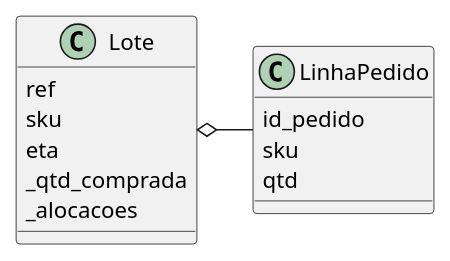
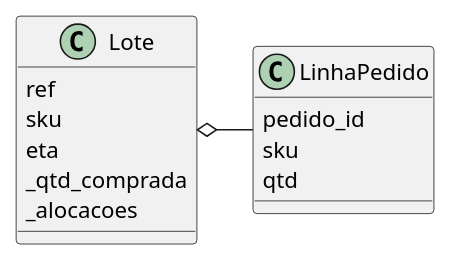
Before and after one commit to ralphribeiro/APWP-T2: the diagram in src/alocacao/dominio/modelo.pu, drawn with PlantUML. The commit also changed 9 other files, not shown here.

```diff
--- a/src/alocacao/dominio/modelo.pu
+++ b/src/alocacao/dominio/modelo.pu
@@ -1,22 +1,22 @@
 @startuml
 
 class LinhaPedido
 {
-    id_pedido
+    pedido_id
     sku
     qtd
 }
 
 class Lote
 {
     ref
     sku
     eta
     _qtd_comprada
     _alocacoes    
 }
 
 Lote o- LinhaPedido
 
 
 @enduml
```
